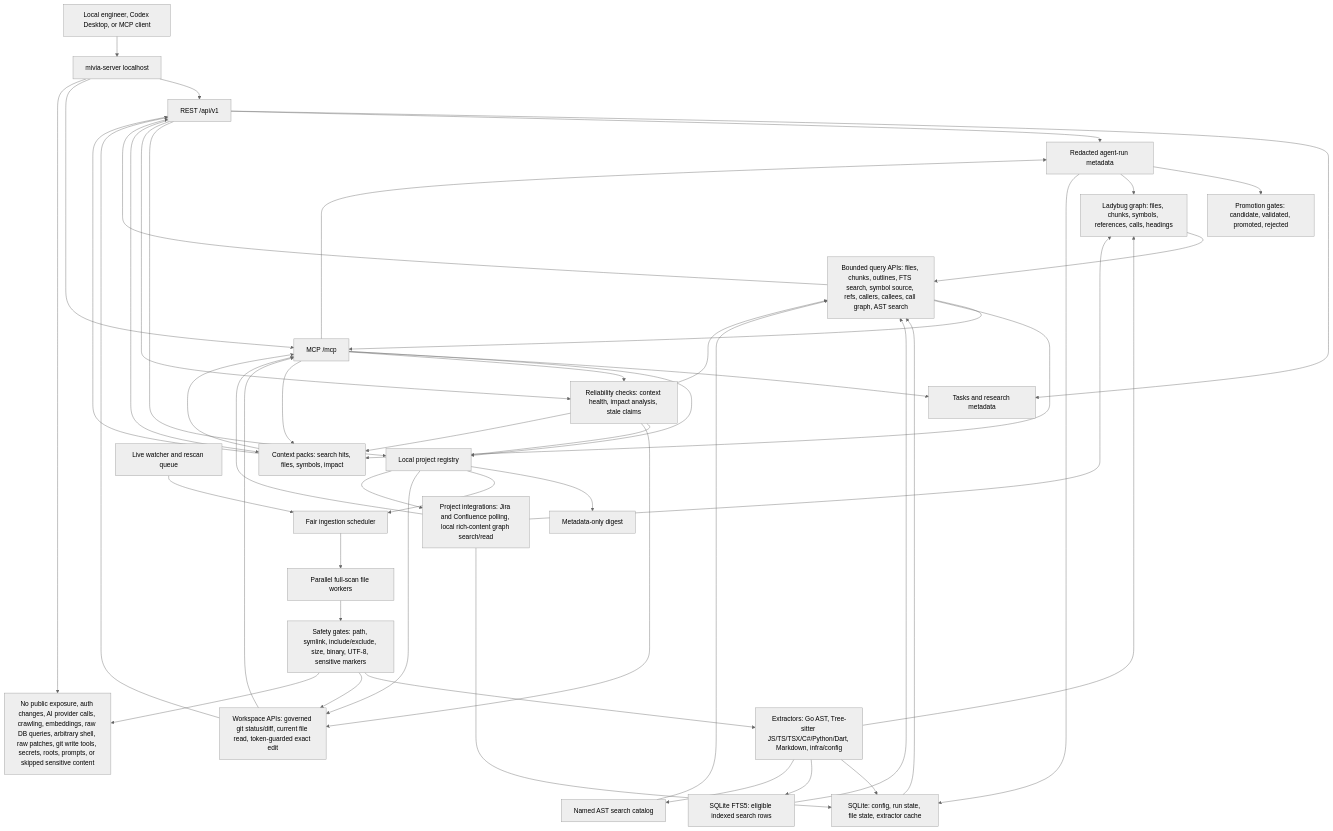
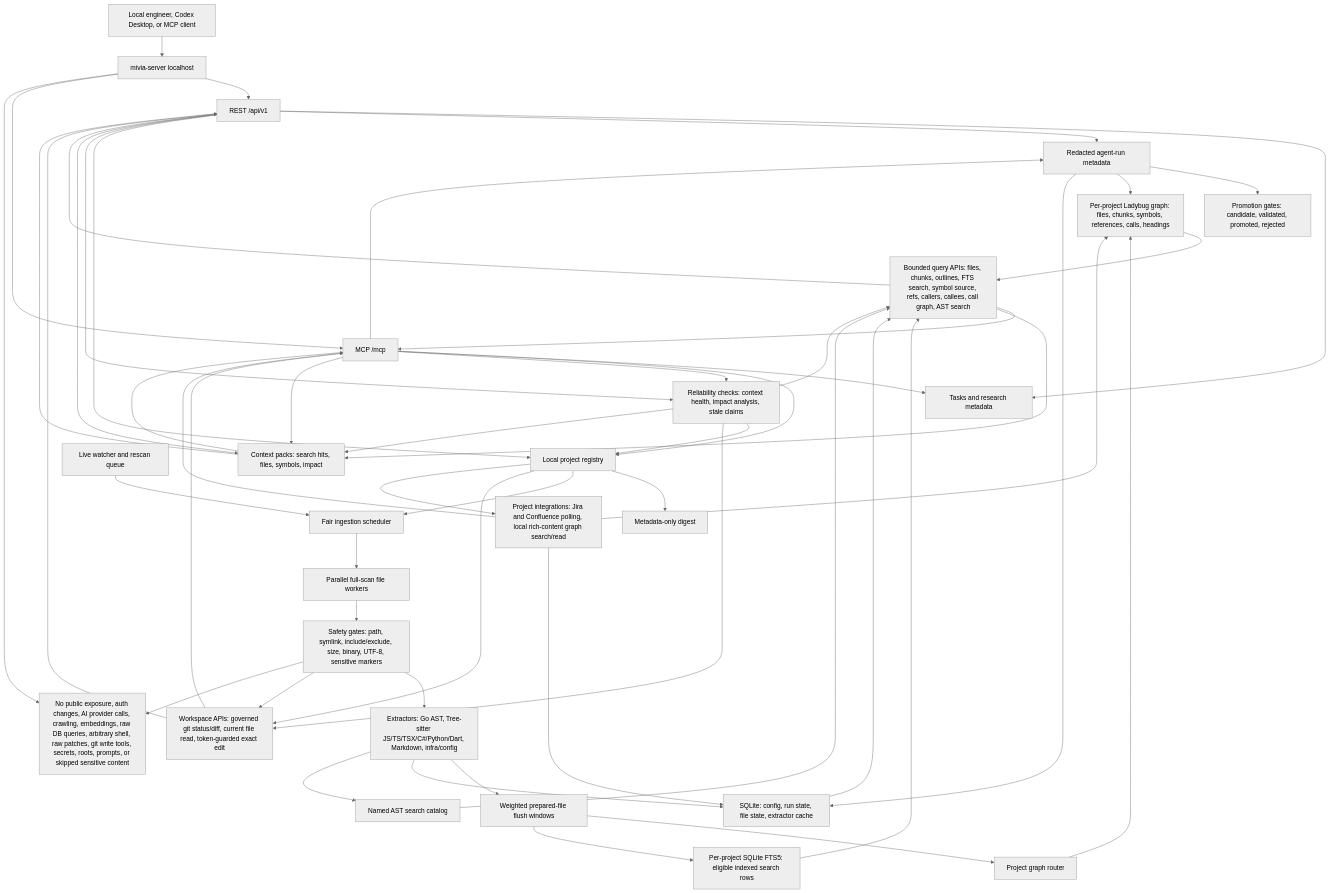
The first of 4 diagrams in README.md (MiviaLabs/go-mivia), drawn with Mermaid (neutral theme) before and after one commit. The commit also changed other lines of this file and 15 other files, not shown here.

````diff
--- a/README.md
+++ b/README.md
@@ -17,77 +17,81 @@
 ```mermaid
 flowchart TB
   Client["Local engineer, Codex Desktop, or MCP client"]
   Server["mivia-server localhost"]
   REST["REST /api/v1"]
   MCP["MCP /mcp"]
   Tasks["Tasks and research metadata"]
   AgentRuns["Redacted agent-run metadata"]
   Registry["Local project registry"]
   Reliability["Reliability checks: context health, impact analysis, stale claims"]
   ContextPack["Context packs: search hits, files, symbols, impact"]
   Promotion["Promotion gates: candidate, validated, promoted, rejected"]
   Digest["Metadata-only digest"]
   Scheduler["Fair ingestion scheduler"]
   Live["Live watcher and rescan queue"]
   Workers["Parallel full-scan file workers"]
+  Flush["Weighted prepared-file flush windows"]
   Safety["Safety gates: path, symlink, include/exclude, size, binary, UTF-8, sensitive markers"]
   Extractors["Extractors: Go AST, Tree-sitter JS/TS/TSX/C#/Python/Dart, Markdown, infra/config"]
-  Graph["Ladybug graph: files, chunks, symbols, references, calls, headings"]
+  Router["Project graph router"]
+  Graph["Per-project Ladybug graph: files, chunks, symbols, references, calls, headings"]
   SQLite["SQLite: config, run state, file state, extractor cache"]
-  FTS["SQLite FTS5: eligible indexed search rows"]
+  FTS["Per-project SQLite FTS5: eligible indexed search rows"]
   AST["Named AST search catalog"]
   Queries["Bounded query APIs: files, chunks, outlines, FTS search, symbol source, refs, callers, callees, call graph, AST search"]
   Workspace["Workspace APIs: governed git status/diff, current file read, token-guarded exact edit"]
   Integrations["Project integrations: Jira and Confluence polling, local rich-content graph search/read"]
   Boundaries["No public exposure, auth changes, AI provider calls, crawling, embeddings, raw DB queries, arbitrary shell, raw patches, git write tools, secrets, roots, prompts, or skipped sensitive content"]
 
   Client --> Server
   Server --> REST
   Server --> MCP
   REST --> Tasks
   MCP --> Tasks
   REST --> AgentRuns
   MCP --> AgentRuns
   AgentRuns --> Promotion
   REST --> Registry
   MCP --> Registry
   REST --> Reliability
   MCP --> Reliability
   REST --> ContextPack
   MCP --> ContextPack
   Registry --> Digest
   Reliability --> Registry
   Reliability --> Workspace
   Reliability --> Queries
   Registry --> Scheduler
   Live --> Scheduler
   Scheduler --> Workers
   Workers --> Safety
   Safety --> Extractors
-  Extractors --> Graph
+  Extractors --> Flush
+  Flush --> Router
+  Router --> Graph
   Extractors --> SQLite
-  Extractors --> FTS
+  Flush --> FTS
   Extractors --> AST
   Graph --> Queries
   SQLite --> Queries
   FTS --> Queries
   AST --> Queries
   Registry --> Workspace
   Safety --> Workspace
   Queries --> REST
   Queries --> MCP
   Queries --> ContextPack
   Reliability --> ContextPack
   ContextPack --> REST
   ContextPack --> MCP
   Workspace --> REST
   Workspace --> MCP
   Registry --> Integrations
   Integrations --> Graph
   Integrations --> SQLite
   Integrations --> MCP
   AgentRuns --> Graph
   AgentRuns --> SQLite
   Server --> Boundaries
   Safety --> Boundaries
 ```
````
